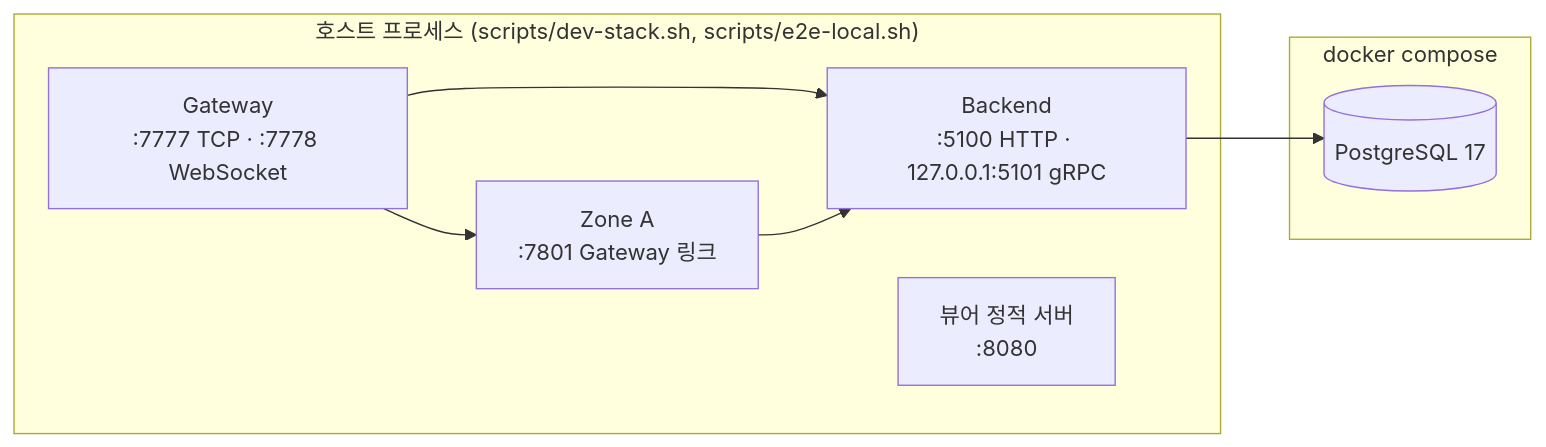
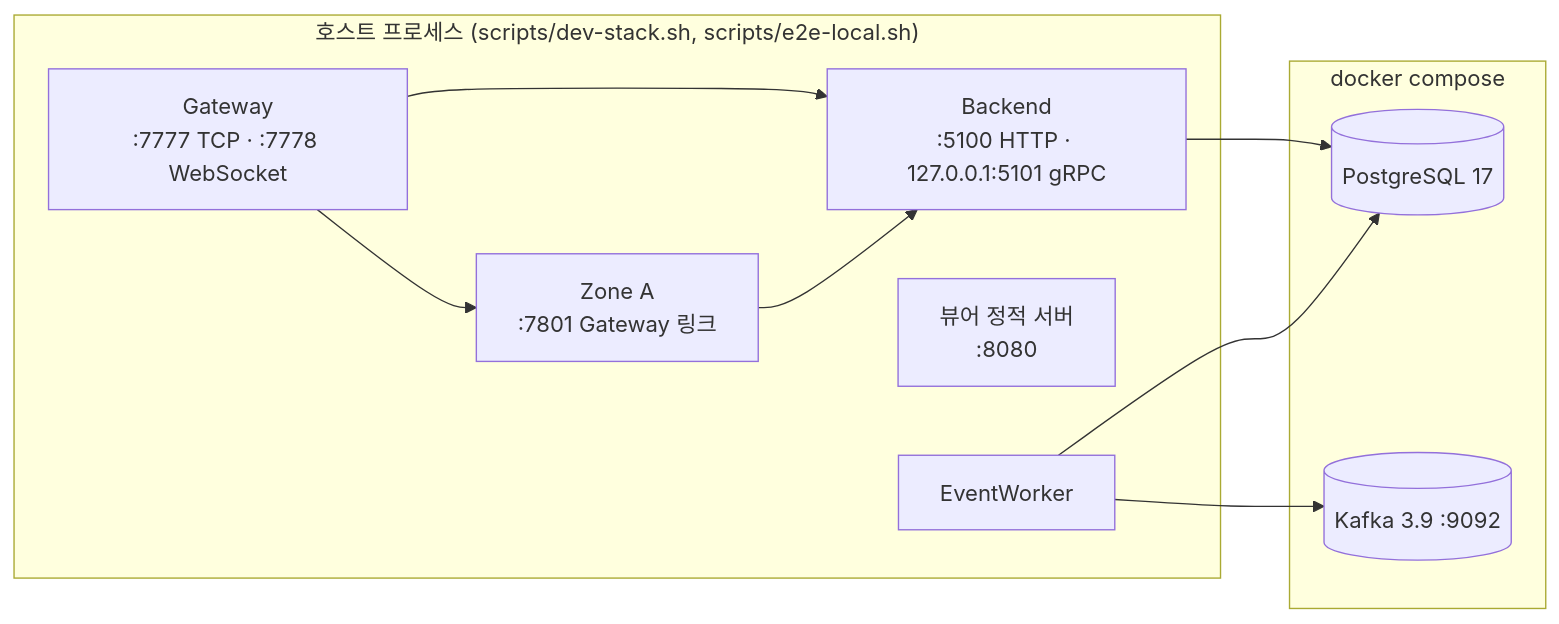
One commit to hstar0124/sa-server changed the ninth of 9 diagrams in README.md. Above: the diagram before and after it, drawn with Mermaid. The commit also changed other lines of this file and 2 other files, not shown here.

Commit message:
docs: feature 35 write-up and the event publisher in the README

````diff
--- a/README.md
+++ b/README.md
@@ -432,16 +447,20 @@
 ```mermaid
 flowchart LR
     subgraph compose["docker compose"]
         PG[("PostgreSQL 17")]
+        KF[("Kafka 3.9 :9092")]
     end
     subgraph host["호스트 프로세스 (scripts/dev-stack.sh, scripts/e2e-local.sh)"]
         BE["Backend<br/>:5100 HTTP · 127.0.0.1:5101 gRPC"]
         ZA["Zone A<br/>:7801 Gateway 링크"]
         GW["Gateway<br/>:7777 TCP · :7778 WebSocket"]
         VW["뷰어 정적 서버<br/>:8080"]
+        EW["EventWorker"]
     end
     BE --> PG
+    EW --> PG
+    EW --> KF
     GW --> ZA
     GW --> BE
     ZA --> BE
 ```
````
